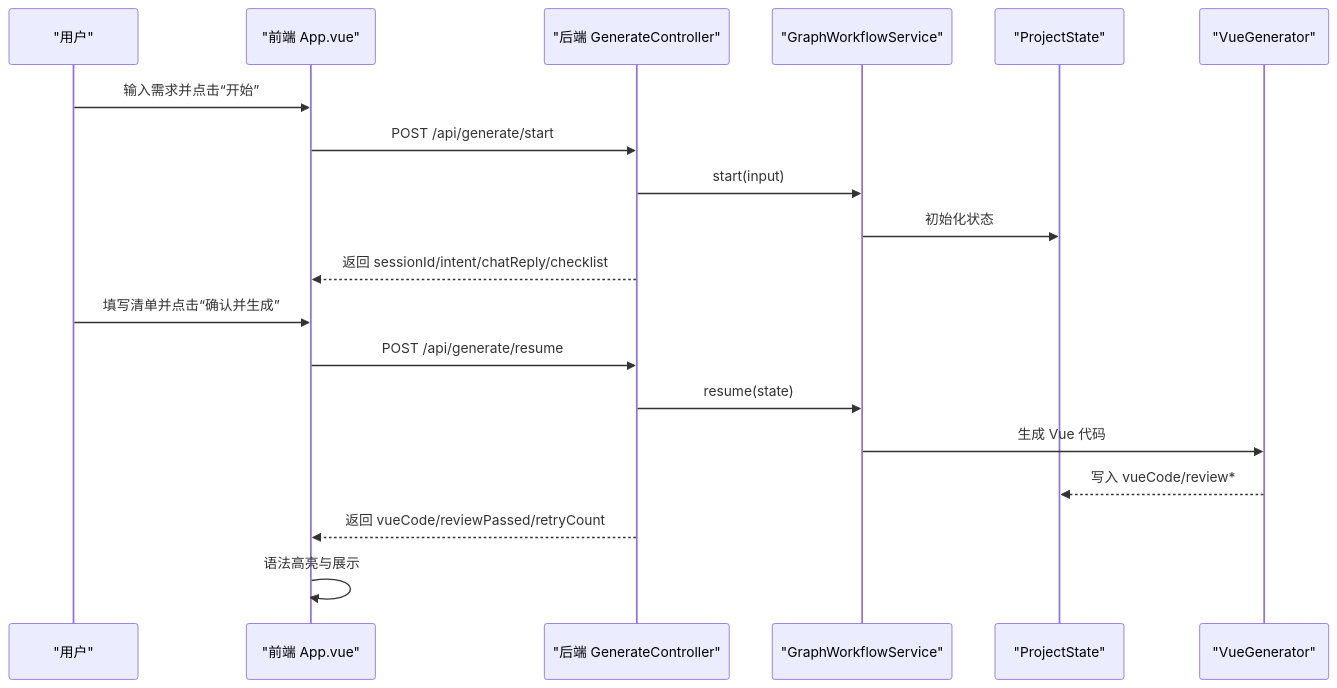
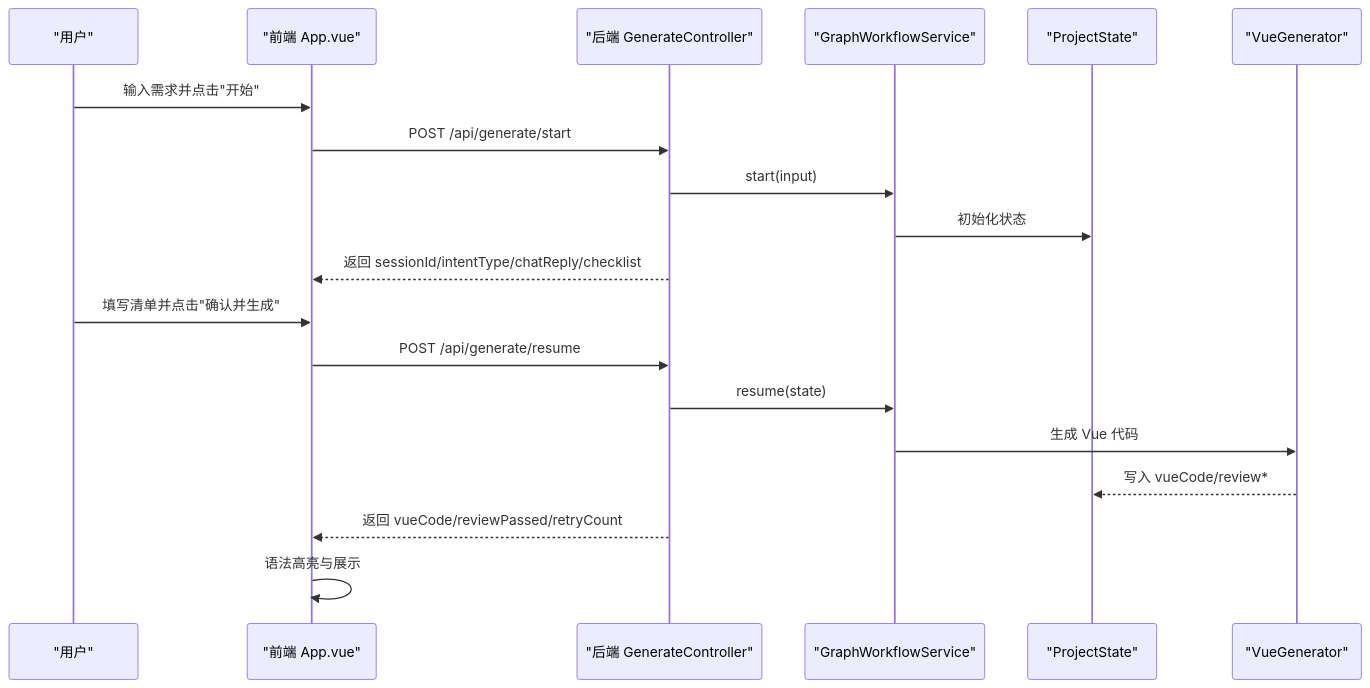
One commit to CyanYuKi/WebSiteFrontendCodeMother changed the second of 4 diagrams in .qoder/repowiki/zh/content/前端Vue.js应用.md. Above: the diagram before and after it, drawn with Mermaid. The commit also changed other lines of this file and 5 other files, not shown here.

````diff
--- a/.qoder/repowiki/zh/content/前端Vue.js应用.md
+++ b/.qoder/repowiki/zh/content/前端Vue.js应用.md
@@ -115,21 +115,21 @@
 ```mermaid
 sequenceDiagram
 participant U as "用户"
 participant FE as "前端 App.vue"
 participant API as "后端 GenerateController"
 participant WF as "GraphWorkflowService"
 participant ST as "ProjectState"
 participant VG as "VueGenerator"
-U->>FE : 输入需求并点击“开始”
+U->>FE : 输入需求并点击"开始"
 FE->>API : POST /api/generate/start
 API->>WF : start(input)
 WF->>ST : 初始化状态
-API-->>FE : 返回 sessionId/intent/chatReply/checklist
-U->>FE : 填写清单并点击“确认并生成”
+API-->>FE : 返回 sessionId/intentType/chatReply/checklist
+U->>FE : 填写清单并点击"确认并生成"
 FE->>API : POST /api/generate/resume
 API->>WF : resume(state)
 WF->>VG : 生成 Vue 代码
 VG-->>ST : 写入 vueCode/review*
 API-->>FE : 返回 vueCode/reviewPassed/retryCount
 FE->>FE : 语法高亮与展示
 ```
````
